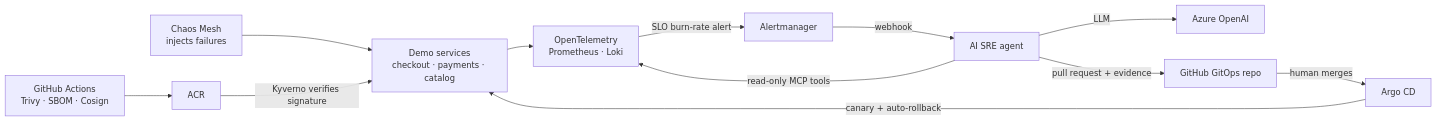
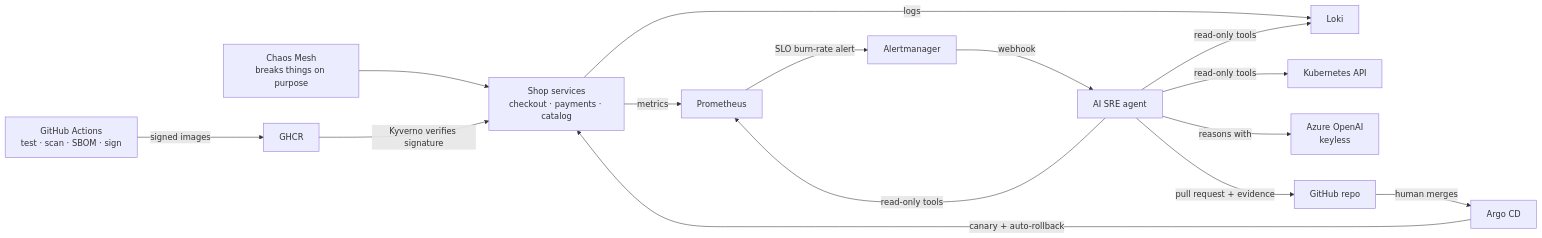
One commit to srujanachireddy/aks-ai-sre-agent changed the diagram in README.md. Above: the diagram before and after it, drawn with Mermaid. The commit also changed other lines of this file and 65 other files, not shown here.

````diff
--- a/README.md
+++ b/README.md
@@ -8,14 +9,17 @@
 ```mermaid
 flowchart LR
-  chaos[Chaos Mesh<br/>injects failures] --> app[Demo services<br/>checkout · payments · catalog]
-  app --> otel[OpenTelemetry<br/>Prometheus · Loki]
-  otel -->|SLO burn-rate alert| am[Alertmanager]
+  chaos[Chaos Mesh<br/>breaks things on purpose] --> shop[Shop services<br/>checkout · payments · catalog]
+  shop -->|metrics| prom[Prometheus]
+  shop -->|logs| loki[Loki]
+  prom -->|SLO burn-rate alert| am[Alertmanager]
   am -->|webhook| agent[AI SRE agent]
-  agent -->|read-only MCP tools| otel
-  agent -->|LLM| aoai[Azure OpenAI]
-  agent -->|pull request + evidence| gh[GitHub GitOps repo]
-  gh -->|human merges| argo[Argo CD]
-  argo -->|canary + auto-rollback| app
-  ci[GitHub Actions<br/>Trivy · SBOM · Cosign] --> acr[ACR]
-  acr -->|Kyverno verifies signature| app
+  agent -->|read-only tools| prom
+  agent -->|read-only tools| loki
+  agent -->|read-only tools| k8s[Kubernetes API]
+  agent -->|reasons with| aoai[Azure OpenAI<br/>keyless]
+  agent -->|pull request + evidence| git[GitHub repo]
+  git -->|human merges| argo[Argo CD]
+  argo -->|canary + auto-rollback| shop
+  ci[GitHub Actions<br/>test · scan · SBOM · sign] -->|signed images| ghcr[GHCR]
+  ghcr -->|Kyverno verifies signature| shop
 ```
````
